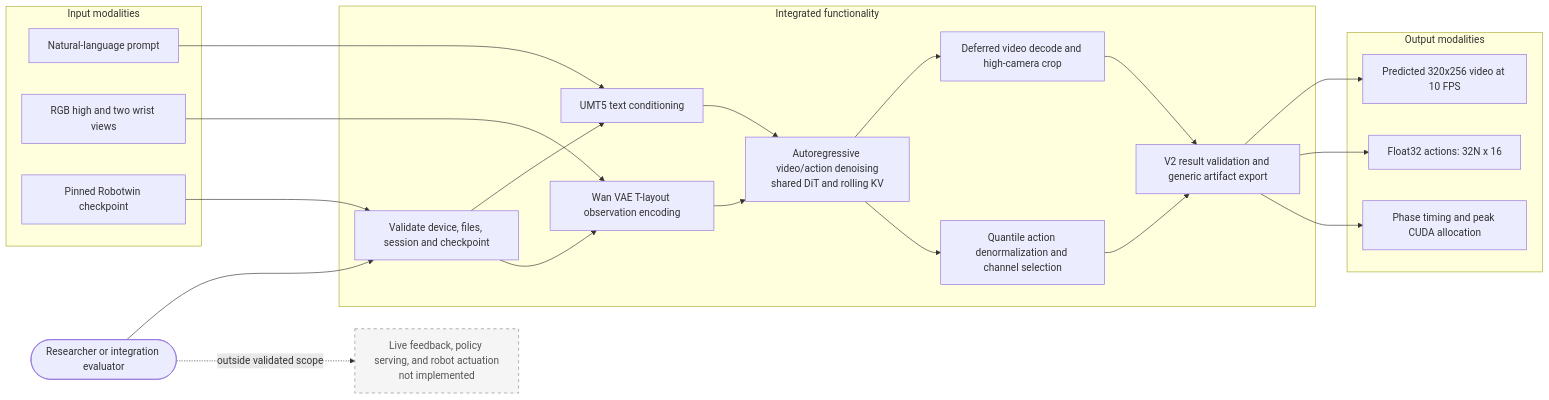
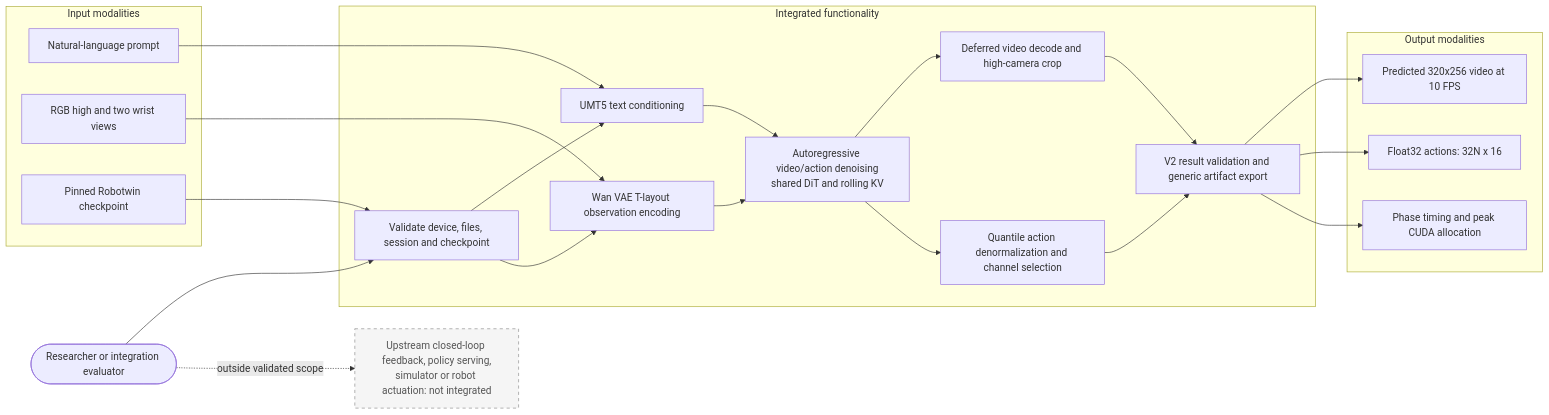
One commit to NVIDIA/flashdreams changed the third of 4 diagrams in integrations/lingbot_va/README.md. Above: the diagram before and after it, drawn with Mermaid. The commit also changed other lines of this file and 9 other files, not shown here.

````diff
--- a/integrations/lingbot_va/README.md
+++ b/integrations/lingbot_va/README.md
@@ -237,47 +302,47 @@
 ```mermaid
 flowchart LR
   User(["Researcher or integration evaluator"])
 
   subgraph Inputs["Input modalities"]
     Prompt["Natural-language prompt"]
     Cameras["RGB high and two wrist views"]
     Weights["Pinned Robotwin checkpoint"]
   end
 
   subgraph Capabilities["Integrated functionality"]
     Validate["Validate device, files, session and checkpoint"]
     Text["UMT5 text conditioning"]
     Vision["Wan VAE T-layout observation encoding"]
     Joint["Autoregressive video/action denoising<br/>shared DiT and rolling KV"]
     Decode["Deferred video decode and high-camera crop"]
     Actions["Quantile action denormalization and channel selection"]
     Export["V2 result validation and generic artifact export"]
   end
 
   subgraph Outputs["Output modalities"]
     Video["Predicted 320x256 video at 10 FPS"]
     ActionTensor["Float32 actions: 32N x 16"]
     Metrics["Phase timing and peak CUDA allocation"]
   end
 
-  Live["Live feedback, policy serving, and robot actuation<br/>not implemented"]:::outside
+  Live["Upstream closed-loop feedback, policy serving,<br/>simulator or robot actuation: not integrated"]:::outside
 
   User --> Validate
   Prompt --> Text
   Cameras --> Vision
   Weights --> Validate
   Validate --> Text
   Validate --> Vision
   Text --> Joint
   Vision --> Joint
   Joint --> Decode
   Joint --> Actions
   Decode --> Export
   Actions --> Export
   Export --> Video
   Export --> ActionTensor
   Export --> Metrics
   User -. outside validated scope .-> Live
 
   classDef outside fill:#f5f5f5,stroke:#888,stroke-dasharray:5 5,color:#555
 ```
````
